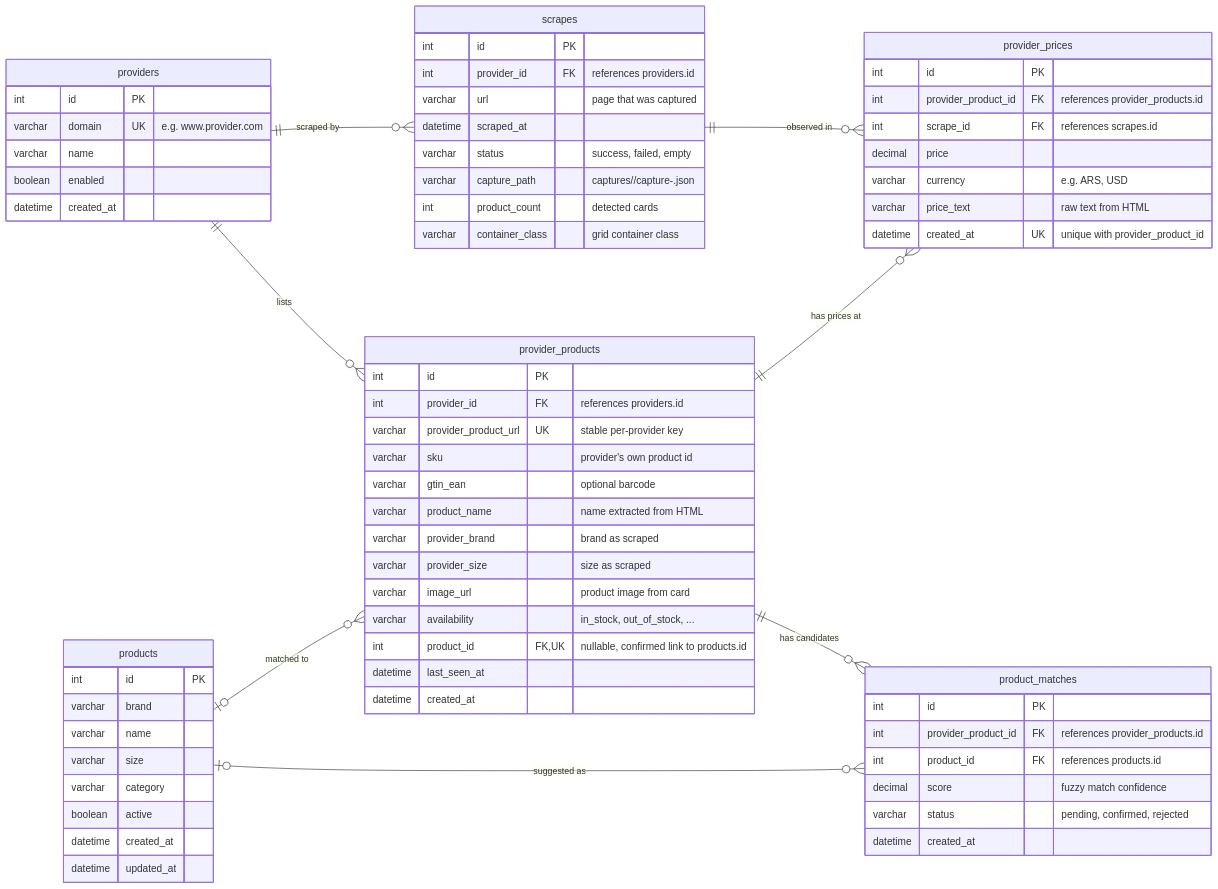
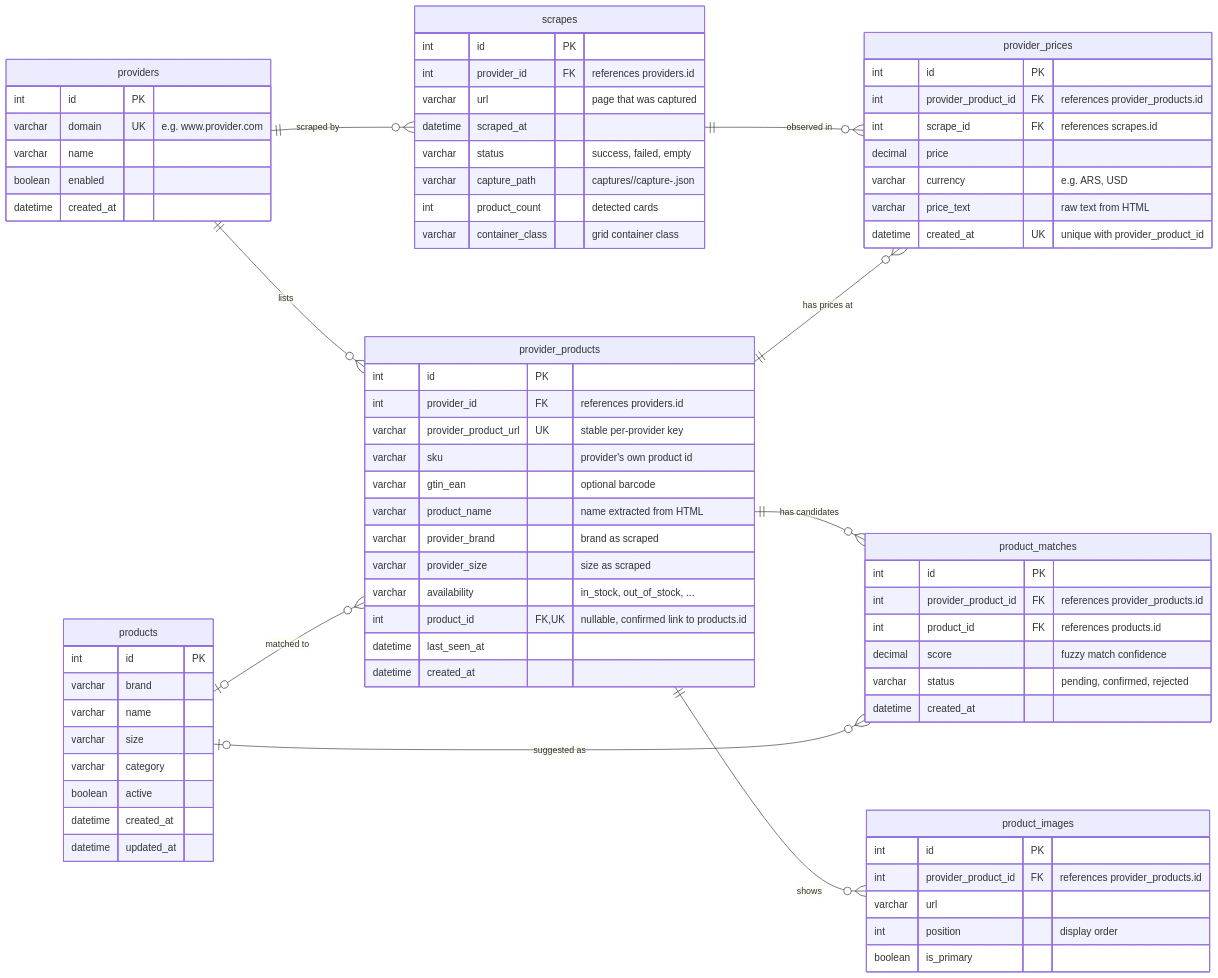
The diagram in DATABASE.md (romayengineer/price_hunter), drawn with Mermaid before and after one commit. The commit also changed other lines of this file, not shown here.

Commit message:
product_images table

````diff
--- a/DATABASE.md
+++ b/DATABASE.md
@@ -45,11 +45,18 @@
         varchar product_name "name extracted from HTML"
         varchar provider_brand "brand as scraped"
         varchar provider_size "size as scraped"
-        varchar image_url "product image from card"
         varchar availability "in_stock, out_of_stock, ..."
         int product_id FK, UK "nullable, confirmed link to products.id"
         datetime last_seen_at
         datetime created_at
+    }
+
+    product_images {
+        int id PK
+        int provider_product_id FK "references provider_products.id"
+        varchar url
+        int position "display order"
+        boolean is_primary
     }
 
     product_matches {
@@ -76,6 +83,7 @@
     products o|--o{ provider_products : "matched to"
     provider_products ||--o{ product_matches : "has candidates"
     products o|--o{ product_matches : "suggested as"
+    provider_products ||--o{ product_images : "shows"
     scrapes ||--o{ provider_prices : "observed in"
     provider_products ||--o{ provider_prices : "has prices at"
 ```
````
